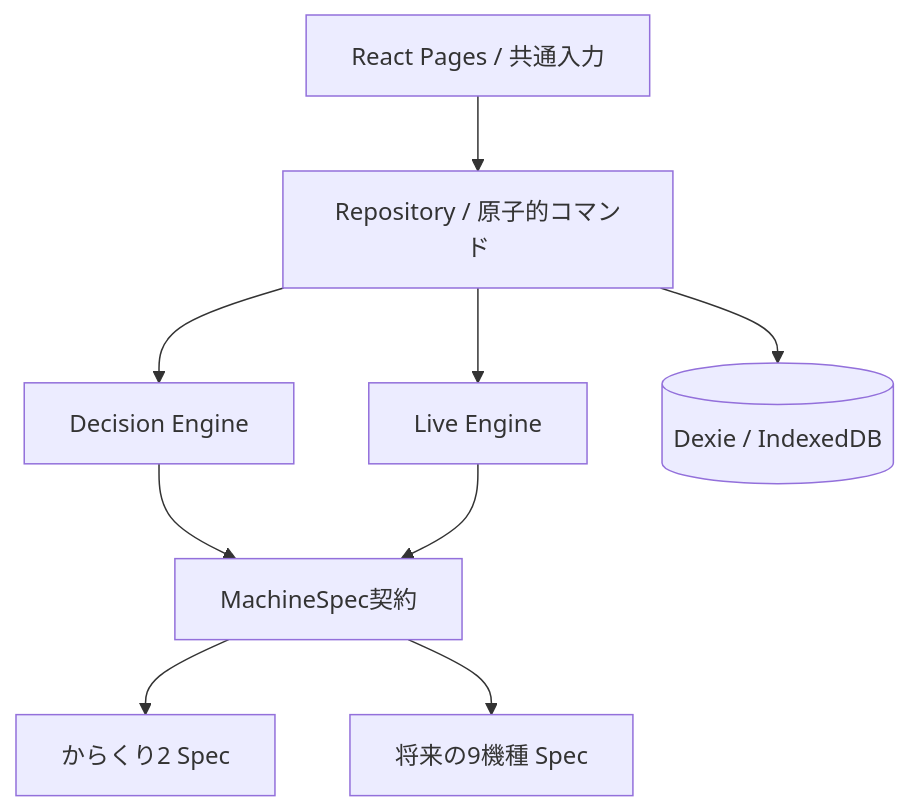
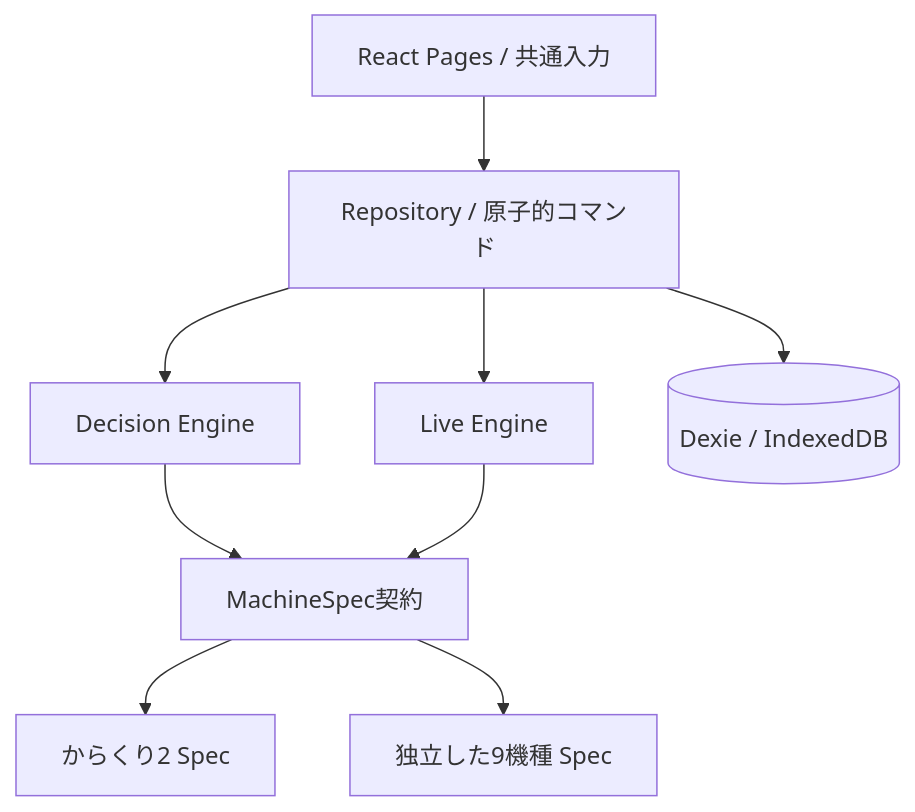
The diagram in docs/ARCHITECTURE.md (gotsumorisan/hall-scan), drawn with Mermaid before and after one commit. The commit also changed other lines of this file and 108 other files, not shown here.

````diff
--- a/docs/ARCHITECTURE.md
+++ b/docs/ARCHITECTURE.md
@@ -7,11 +7,11 @@
 ```mermaid
 flowchart TD
   UI[React Pages / 共通入力] --> R[Repository / 原子的コマンド]
   R --> D[Decision Engine]
   R --> L[Live Engine]
   D --> S[MachineSpec契約]
   L --> S
   S --> K[からくり2 Spec]
-  S --> N[将来の9機種 Spec]
+  S --> N[独立した9機種 Spec]
   R --> DB[(Dexie / IndexedDB)]
 ```
````
